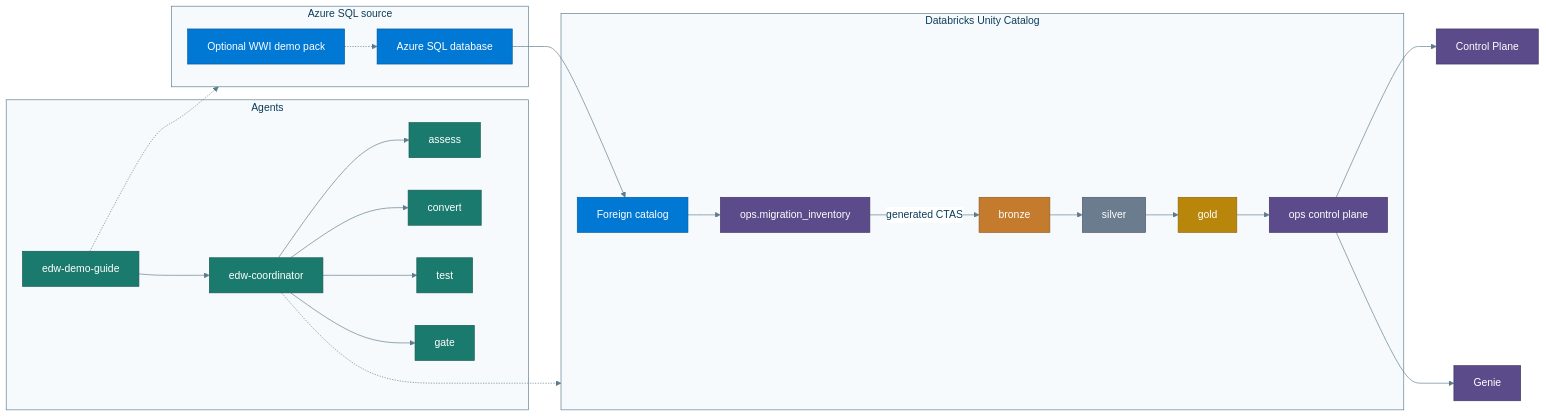
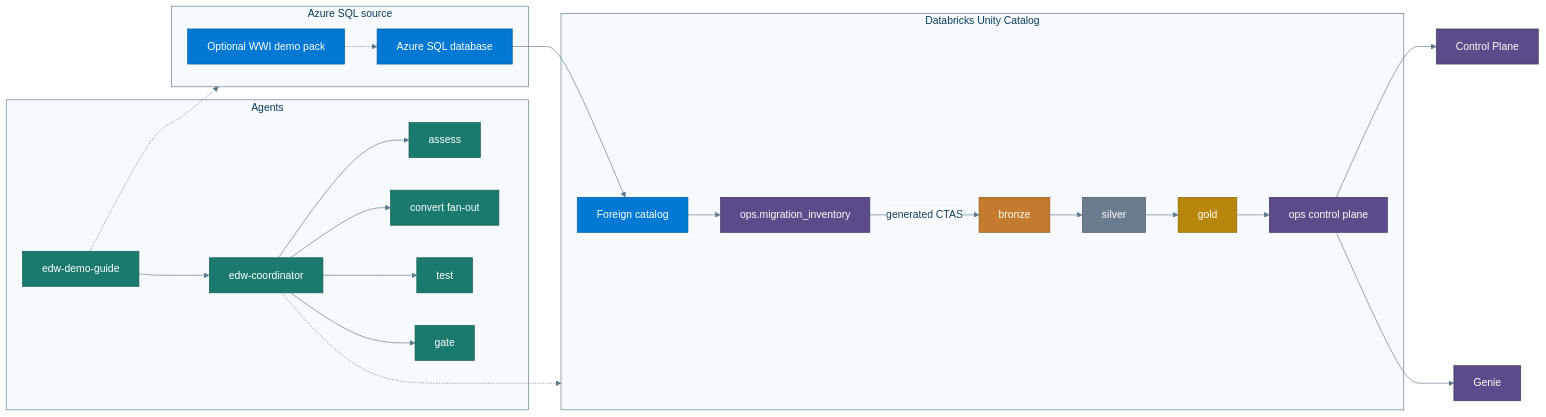
One commit to Jericho2010/edwmigration changed the diagram in docs/img/architecture.mmd. Above: the diagram before and after it, drawn with Mermaid. The commit also changed 56 other files, not shown here.

First line of the commit message:
Add parallel Convert fan-out, kickoff-first preflight, and path guards.

```diff
--- a/docs/img/architecture.mmd
+++ b/docs/img/architecture.mmd
@@ -1,48 +1,48 @@
 %%{init: {"theme":"base","themeVariables":{"primaryColor":"#E8F1F8","primaryTextColor":"#0B3D5C","primaryBorderColor":"#0B3D5C","lineColor":"#5B7A8C","secondaryColor":"#E6F4F1","tertiaryColor":"#F7F3EA","background":"#FFFFFF","mainBkg":"#E8F1F8","clusterBkg":"#F7FAFC","clusterBorder":"#5B7A8C","titleColor":"#0B3D5C","edgeLabelBackground":"#FFFFFF"}}}%%
 flowchart LR
   subgraph azure ["Azure SQL source"]
     DemoPack["Optional WWI demo pack"]
     FreeDB["Azure SQL database"]
     DemoPack -.-> FreeDB
   end
   subgraph dbx ["Databricks Unity Catalog"]
     Fed["Foreign catalog"]
     Inv["ops.migration_inventory"]
     Bronze["bronze"]
     Silver["silver"]
     Gold["gold"]
     Ops["ops control plane"]
     FreeDB --> Fed
     Fed --> Inv
     Inv -->|"generated CTAS"| Bronze
     Bronze --> Silver
     Silver --> Gold
     Gold --> Ops
   end
   subgraph agents ["Agents"]
     Guide["edw-demo-guide"]
     Coord["edw-coordinator"]
     Guide --> Coord
     Coord --> Assess["assess"]
-    Coord --> Convert["convert"]
+    Coord --> Convert["convert fan-out"]
     Coord --> Test["test"]
     Coord --> Gate["gate"]
   end
   Guide -.-> azure
   Coord -.-> dbx
   Ops --> Dash["Control Plane"]
   Ops --> Genie["Genie"]
 
   classDef agent fill:#1B7A6E,stroke:#145A51,color:#fff
   classDef azureC fill:#0078D4,stroke:#005A9E,color:#fff
   classDef bronze fill:#C47B2D,stroke:#8F5A1F,color:#fff
   classDef silver fill:#6B7C8F,stroke:#4A5663,color:#fff
   classDef gold fill:#B8860B,stroke:#8A6508,color:#fff
   classDef ops fill:#5B4B8A,stroke:#3F3460,color:#fff
 
   class Guide,Coord,Assess,Convert,Test,Gate agent
   class FreeDB,DemoPack,Fed azureC
   class Bronze bronze
   class Silver silver
   class Gold gold
   class Ops,Inv,Dash,Genie ops
```
